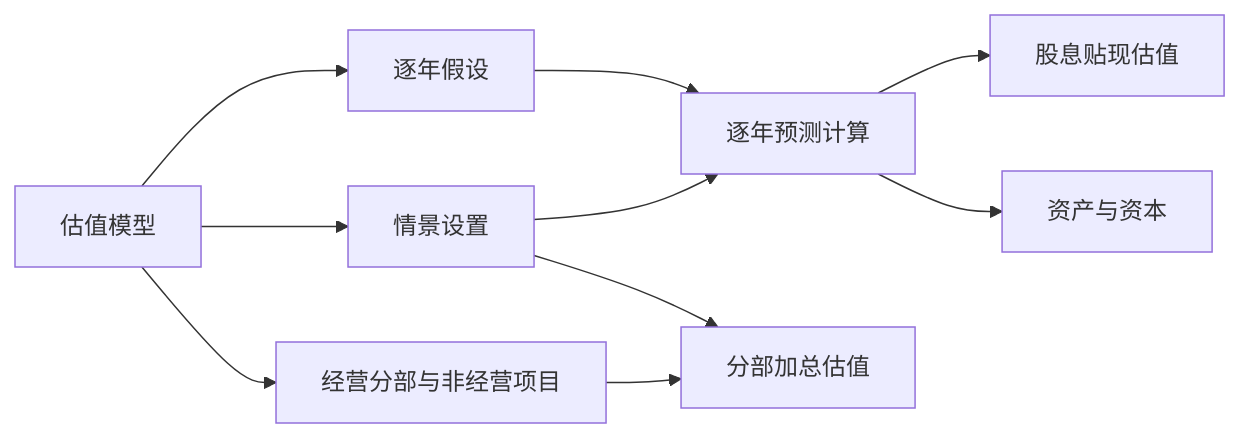
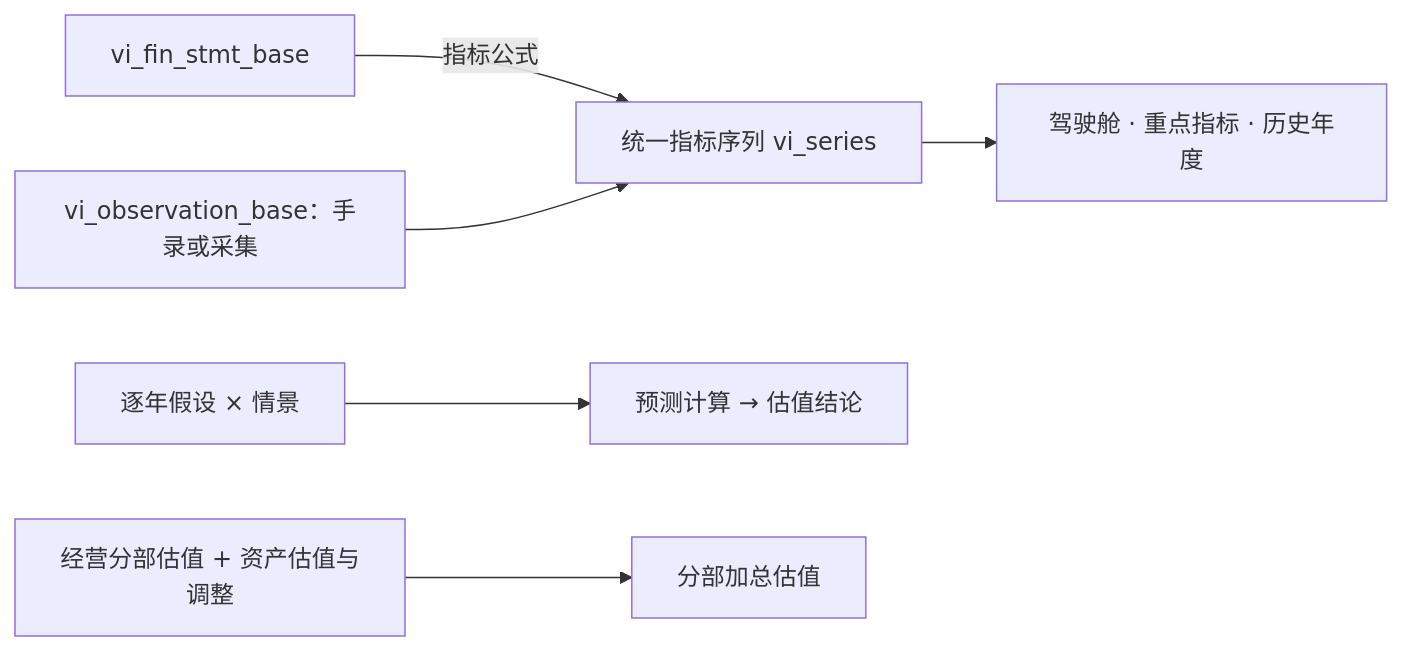
One commit to lzcjsyr/value-investing changed the diagram in 后台数据结构说明/数据结构说明.md. Above: the diagram before and after it, drawn with Mermaid. The commit also changed other lines of this file and 728 other files, not shown here.

````diff
--- a/后台数据结构说明/数据结构说明.md
+++ b/后台数据结构说明/数据结构说明.md
@@ -43,12 +30,8 @@
 ```mermaid
 flowchart LR
-  M[估值模型] --> F[逐年假设]
-  M --> S[情景设置]
-  F --> P[逐年预测计算]
-  S --> P
-  P --> V[股息贴现估值]
-  P --> B[资产与资本]
-  M --> G[经营分部与非经营项目]
-  G --> T[分部加总估值]
-  S --> T
+  F[vi_fin_stmt_base] -->|指标公式| S[统一指标序列 vi_series]
+  O[vi_observation_base：手录或采集] --> S
+  S --> P[驾驶舱 · 重点指标 · 历史年度]
+  A[逐年假设 × 情景] --> V[预测计算 → 估值结论]
+  B[经营分部估值 + 资产估值与调整] --> W[分部加总估值]
 ```
````
